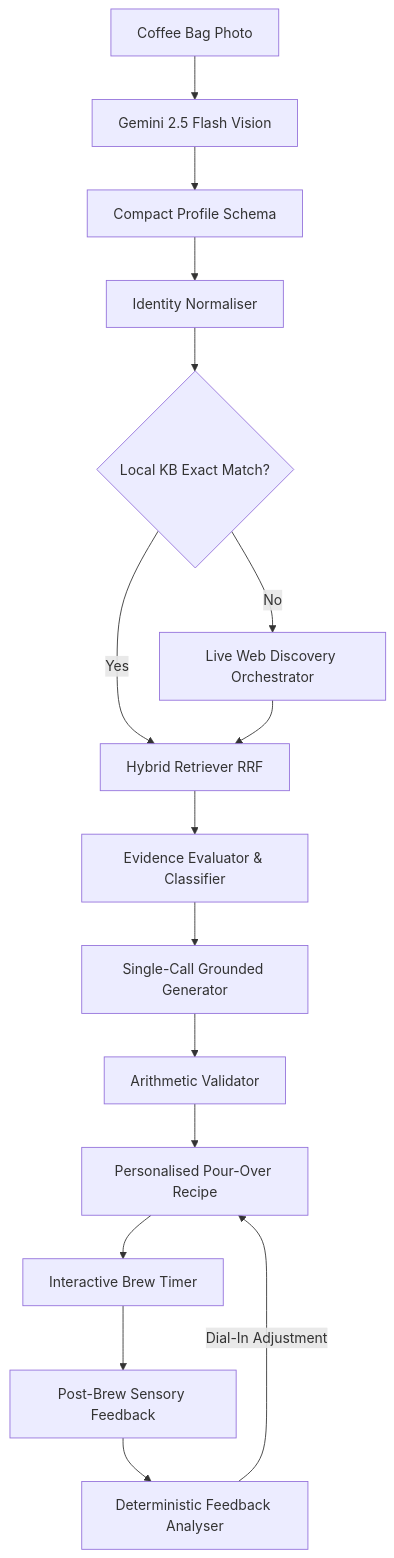
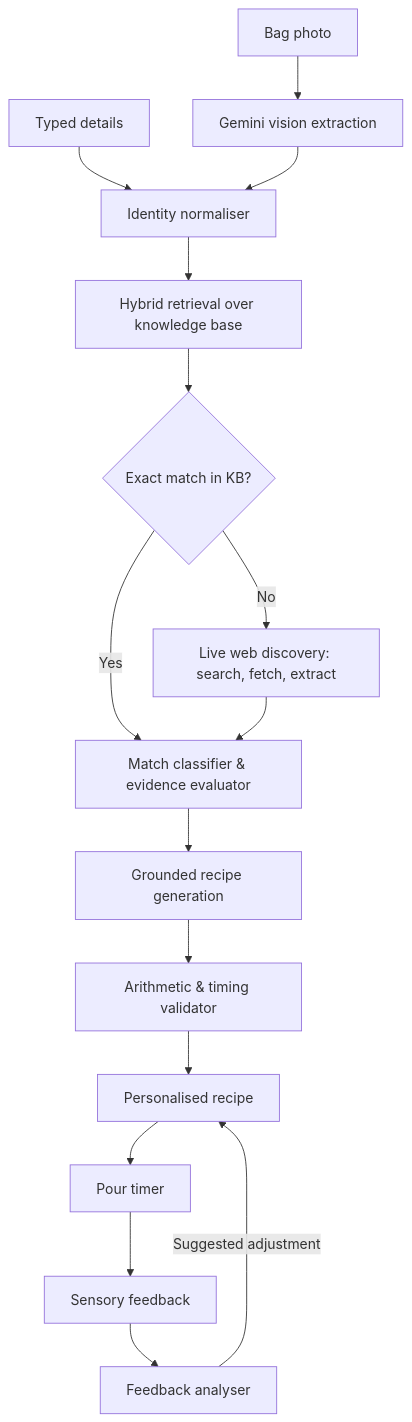
Before and after one commit to ShaguftaMethwani/BrewWise: the diagram in README.md, drawn with Mermaid. The commit also changed other lines of this file and 17 other files, not shown here.

````diff
--- a/README.md
+++ b/README.md
@@ -88,18 +60,18 @@
 ```mermaid
 graph TD
-    A[Coffee Bag Photo] --> B[Gemini 2.5 Flash Vision]
-    B --> C[Compact Profile Schema]
-    C --> D[Identity Normaliser]
-    D --> E{Local KB Exact Match?}
-    E -- Yes --> G[Hybrid Retriever RRF]
-    E -- No --> F[Live Web Discovery Orchestrator]
-    F --> G
-    G --> H[Evidence Evaluator & Classifier]
-    H --> I[Single-Call Grounded Generator]
-    I --> J[Arithmetic Validator]
-    J --> K[Personalised Pour-Over Recipe]
-    K --> L[Interactive Brew Timer]
-    L --> M[Post-Brew Sensory Feedback]
-    M --> N[Deterministic Feedback Analyser]
-    N -->|Dial-In Adjustment| K
+    A[Bag photo] --> B[Gemini vision extraction]
+    A2[Typed details] --> D
+    B --> D[Identity normaliser]
+    D --> E[Hybrid retrieval over knowledge base]
+    E --> F{Exact match in KB?}
+    F -- No --> G[Live web discovery: search, fetch, extract]
+    F -- Yes --> H
+    G --> H[Match classifier & evidence evaluator]
+    H --> I[Grounded recipe generation]
+    I --> J[Arithmetic & timing validator]
+    J --> K[Personalised recipe]
+    K --> L[Pour timer]
+    L --> M[Sensory feedback]
+    M --> N[Feedback analyser]
+    N -->|Suggested adjustment| K
 ```
````
